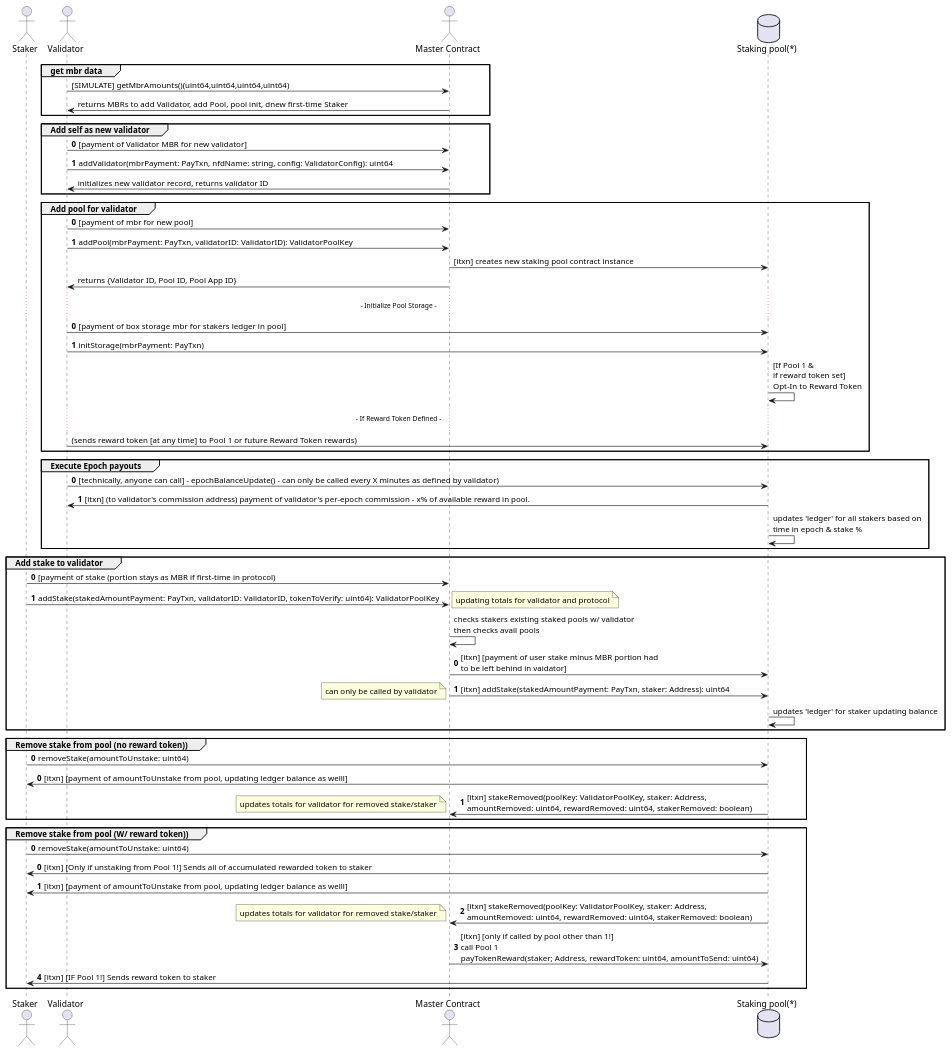
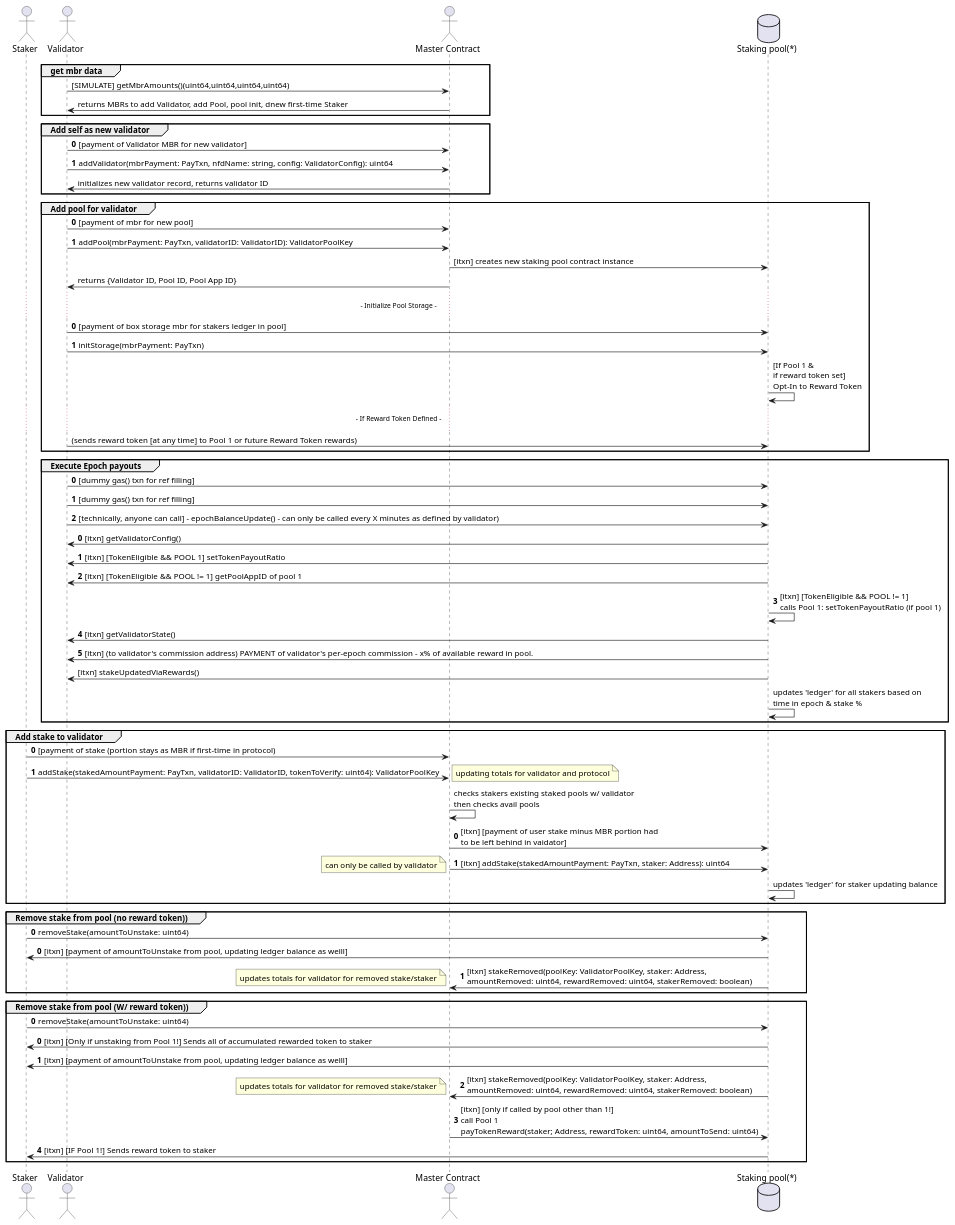
Before and after one commit to TxnLab/reti: the diagram in docs/diagrams/validator.puml, drawn with PlantUML. The commit also changed 8 other files, not shown here.

Commit message:
Updates to ensure more consistent startup tests results (fudge the block times a bit - there were times where the staker was 'just' shy of being in the full epoch and it was throwing off reward calcs)

```diff
--- a/docs/diagrams/validator.puml
+++ b/docs/diagrams/validator.puml
@@ -1,76 +1,86 @@
 @startuml
 actor "Staker" as staker
 actor "Validator" as validator
 actor "Master Contract" as master
 database "Staking pool(*)" as pool
 group get mbr data
 validator -> master: [SIMULATE] getMbrAmounts()(uint64,uint64,uint64,uint64)
 master->validator: returns MBRs to add Validator, add Pool, pool init, dnew first-time Staker
 end
 group Add self as new validator
 autonumber 0
 validator -> master: [payment of Validator MBR for new validator]
 validator -> master: addValidator(mbrPayment: PayTxn, nfdName: string, config: ValidatorConfig): uint64
 autonumber stop
 master -> validator: initializes new validator record, returns validator ID
 end
 
 group Add pool for validator
 autonumber 0
 validator -> master: [payment of mbr for new pool]
 validator -> master: addPool(mbrPayment: PayTxn, validatorID: ValidatorID): ValidatorPoolKey
 autonumber stop
 master -> pool: [itxn] creates new staking pool contract instance
 master -> validator: returns {Validator ID, Pool ID, Pool App ID}
 ...  - Initialize Pool Storage - ...
 autonumber 0
 validator -> pool: [payment of box storage mbr for stakers ledger in pool]
 validator -> pool: initStorage(mbrPayment: PayTxn)
 autonumber stop
 pool -> pool: [If Pool 1 &\nif reward token set]\nOpt-In to Reward Token
 ...  - If Reward Token Defined - ...
 validator -> pool: (sends reward token [at any time] to Pool 1 or future Reward Token rewards)
 end
 
 group Execute Epoch payouts
 autonumber 0
+validator -> pool: [dummy gas() txn for ref filling]
+validator -> pool: [dummy gas() txn for ref filling]
 validator -> pool: [technically, anyone can call] - epochBalanceUpdate() - can only be called every X minutes as defined by validator)
-pool -> validator: [itxn] (to validator's commission address) payment of validator's per-epoch commission - x% of available reward in pool.
+autonumber 0
+pool -> validator: [itxn] getValidatorConfig()
+pool -> validator: [itxn] [TokenEligible && POOL 1] setTokenPayoutRatio
+autonumber 2
+pool -> validator: [itxn] [TokenEligible && POOL != 1] getPoolAppID of pool 1
+pool -> pool: [itxn] [TokenEligible && POOL != 1]\ncalls Pool 1: setTokenPayoutRatio (if pool 1)
+pool -> validator: [itxn] getValidatorState()
+pool -> validator: [itxn] (to validator's commission address) PAYMENT of validator's per-epoch commission - x% of available reward in pool.
 autonumber stop
+pool -> validator: [itxn] stakeUpdatedViaRewards()
 pool -> pool: updates 'ledger' for all stakers based on\ntime in epoch & stake %
 end
 
 group Add stake to validator
 autonumber 0
 staker -> master: [payment of stake (portion stays as MBR if first-time in protocol)
 staker -> master:  addStake(stakedAmountPayment: PayTxn, validatorID: ValidatorID, tokenToVerify: uint64): ValidatorPoolKey
 note right: updating totals for validator and protocol
 autonumber stop
 master -> master: checks stakers existing staked pools w/ validator\nthen checks avail pools
 autonumber 0
 master -> pool: [itxn] [payment of user stake minus MBR portion had\nto be left behind in vaidator]
 master -> pool: [itxn] addStake(stakedAmountPayment: PayTxn, staker: Address): uint64
 note left: can only be called by validator
 autonumber stop
 pool -> pool: updates 'ledger' for staker updating balance
 end
 group Remove stake from pool (no reward token))
 autonumber 0
 staker -> pool: removeStake(amountToUnstake: uint64)
 autonumber 0
 pool -> staker: [itxn] [payment of amountToUnstake from pool, updating ledger balance as welll]
 pool -> master: [itxn] stakeRemoved(poolKey: ValidatorPoolKey, staker: Address,\namountRemoved: uint64, rewardRemoved: uint64, stakerRemoved: boolean)
 note left: updates totals for validator for removed stake/staker
 end
 group Remove stake from pool (W/ reward token))
 autonumber 0
 staker -> pool: removeStake(amountToUnstake: uint64)
 autonumber 0
 pool -> staker: [itxn] [Only if unstaking from Pool 1!] Sends all of accumulated rewarded token to staker
 pool -> staker: [itxn] [payment of amountToUnstake from pool, updating ledger balance as welll]
 pool -> master: [itxn] stakeRemoved(poolKey: ValidatorPoolKey, staker: Address,\namountRemoved: uint64, rewardRemoved: uint64, stakerRemoved: boolean)
 note left: updates totals for validator for removed stake/staker
 master -> pool: [itxn] [only if called by pool other than 1!]\ncall Pool 1\npayTokenReward(staker; Address, rewardToken: uint64, amountToSend: uint64)
 pool -> staker: [itxn] [IF Pool 1!] Sends reward token to staker
 end
 @enduml
```
